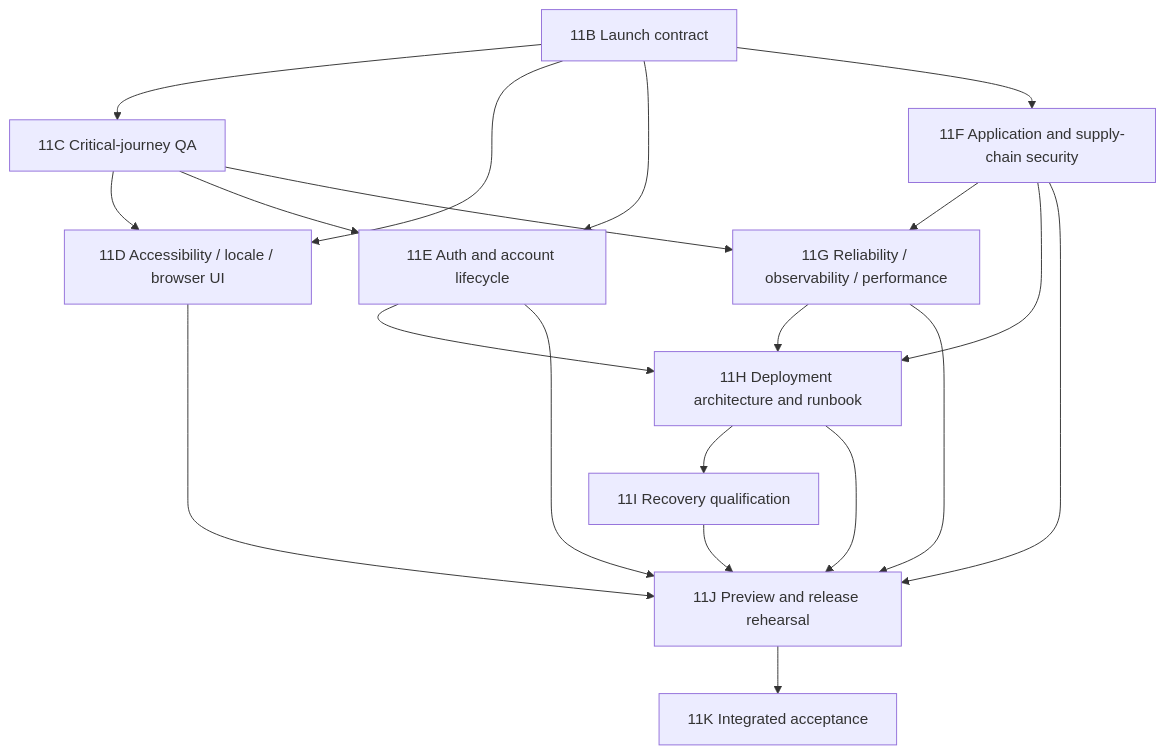
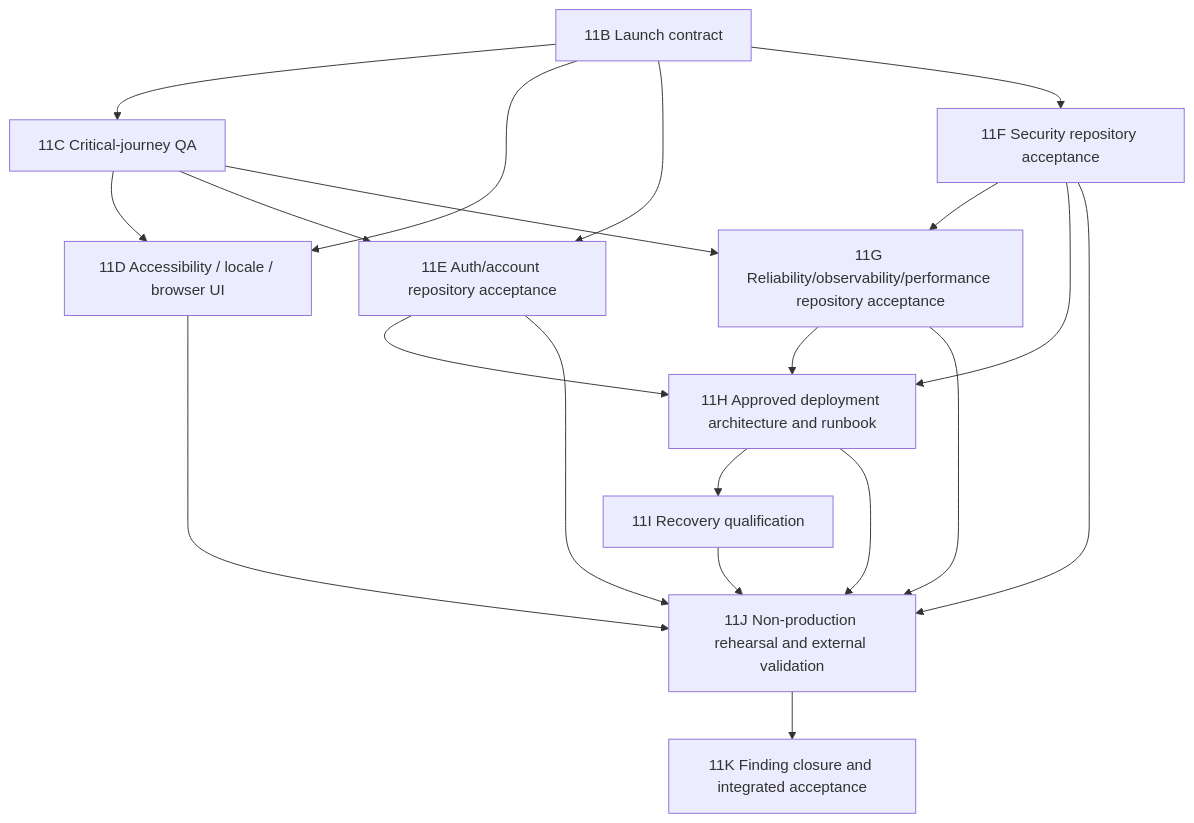
The diagram in docs/phase-11-qa-hardening-deployment-readiness-plan.md (Papi299/nutrition-tracker-app), drawn with Mermaid before and after one commit. The commit also changed other lines of this file and 3 other files, not shown here.

````diff
--- a/docs/phase-11-qa-hardening-deployment-readiness-plan.md
+++ b/docs/phase-11-qa-hardening-deployment-readiness-plan.md
@@ -109,22 +126,22 @@
 ```mermaid
 flowchart TD
   B["11B Launch contract"] --> C["11C Critical-journey QA"]
   B --> D["11D Accessibility / locale / browser UI"]
-  B --> E["11E Auth and account lifecycle"]
-  B --> F["11F Application and supply-chain security"]
+  B --> E["11E Auth/account repository acceptance"]
+  B --> F["11F Security repository acceptance"]
   C --> D
   C --> E
-  C --> G["11G Reliability / observability / performance"]
+  C --> G["11G Reliability/observability/performance repository acceptance"]
   F --> G
-  E --> H["11H Deployment architecture and runbook"]
+  E --> H["11H Approved deployment architecture and runbook"]
   F --> H
   G --> H
   H --> I["11I Recovery qualification"]
-  H --> J["11J Preview and release rehearsal"]
+  H --> J["11J Non-production rehearsal and external validation"]
   I --> J
   D --> J
   E --> J
   F --> J
   G --> J
-  J --> K["11K Integrated acceptance"]
+  J --> K["11K Finding closure and integrated acceptance"]
 ```
````
